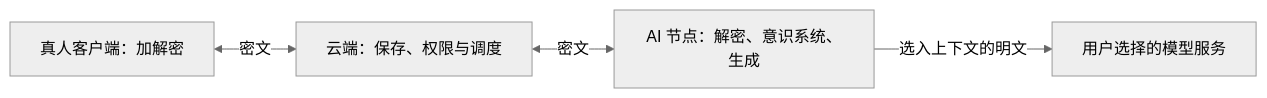
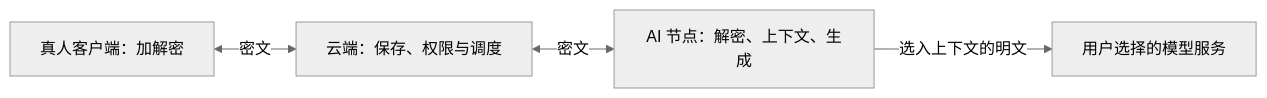
One commit to NingCold/llm-nest changed the diagram in docs/design/encryption.md. Above: the diagram before and after it, drawn with Mermaid (neutral theme). The commit also changed other lines of this file and 14 other files, not shown here.

````diff
--- a/docs/design/encryption.md
+++ b/docs/design/encryption.md
@@ -29,6 +25,6 @@
 ```mermaid
 flowchart LR
     Human[真人客户端：加解密] <-->|密文| Cloud[云端：保存、权限与调度]
-    Cloud <-->|密文| Agent[AI 节点：解密、意识系统、生成]
+    Cloud <-->|密文| Agent[AI 节点：解密、上下文、生成]
     Agent -->|选入上下文的明文| Model[用户选择的模型服务]
 ```
````
